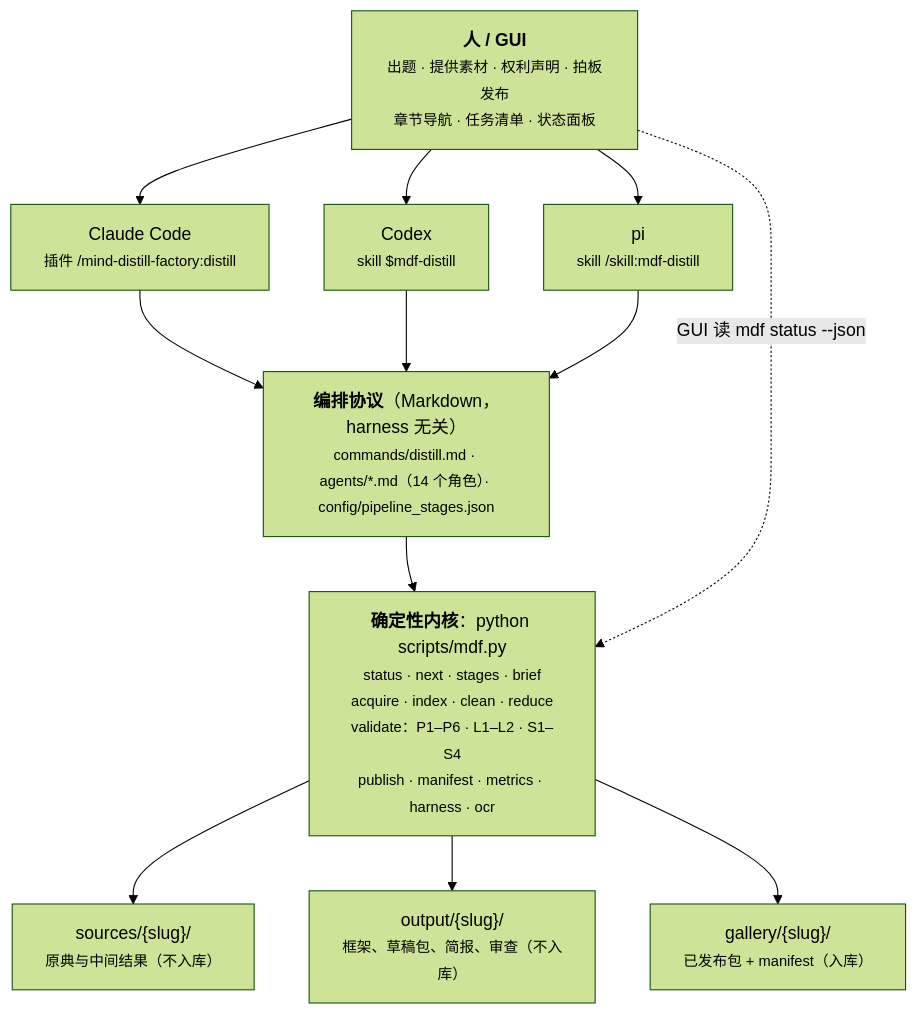
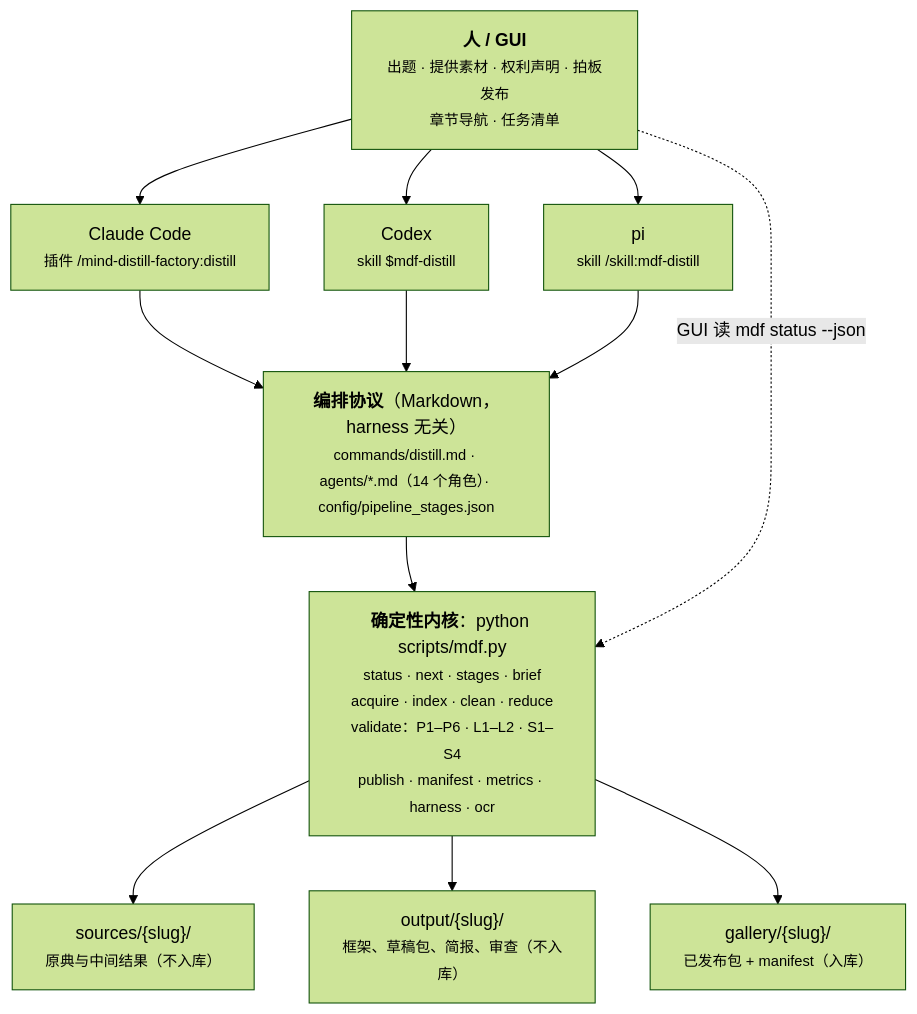
The first of 6 diagrams in docs/architecture.md (20240610ldx-hub/Mind-Distill-Factory), drawn with Mermaid (forest theme) before and after one commit. The commit also changed other lines of this file and 6 other files, not shown here.

````diff
--- a/docs/architecture.md
+++ b/docs/architecture.md
@@ -11,17 +11,17 @@
 ```mermaid
 flowchart TB
-    U["<b>人 / GUI</b><br/><small>出题 · 提供素材 · 权利声明 · 拍板发布<br/>章节导航 · 任务清单 · 状态面板</small>"]
+    U["<b>人 / GUI</b><br/><small>出题 · 提供素材 · 权利声明 · 拍板发布<br/>章节导航 · 任务清单</small>"]
     CC["Claude Code<br/><small>插件 /mind-distill-factory:distill</small>"]
     CX["Codex<br/><small>skill $mdf-distill</small>"]
     PI["pi<br/><small>skill /skill:mdf-distill</small>"]
     P["<b>编排协议</b>（Markdown，harness 无关）<br/><small>commands/distill.md · agents/*.md（14 个角色）· config/pipeline_stages.json</small>"]
     K["<b>确定性内核</b>：python scripts/mdf.py<br/><small>status · next · stages · brief<br/>acquire · index · clean · reduce<br/>validate：P1–P6 · L1–L2 · S1–S4<br/>publish · manifest · metrics · harness · ocr</small>"]
     S["sources/{slug}/<br/><small>原典与中间结果（不入库）</small>"]
     O["output/{slug}/<br/><small>框架、草稿包、简报、审查（不入库）</small>"]
     G["gallery/{slug}/<br/><small>已发布包 + manifest（入库）</small>"]
     U --> CC & CX & PI
     CC & CX & PI --> P
     P --> K
     K --> S & O & G
     U -. GUI 读 mdf status --json .-> K
 ```
````
